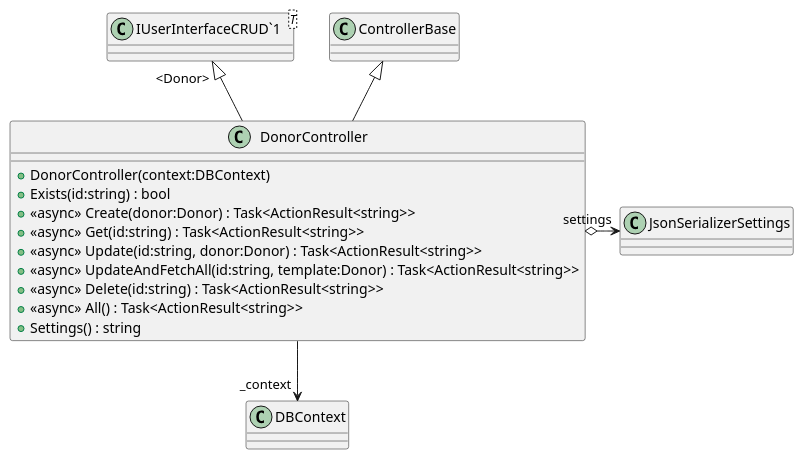
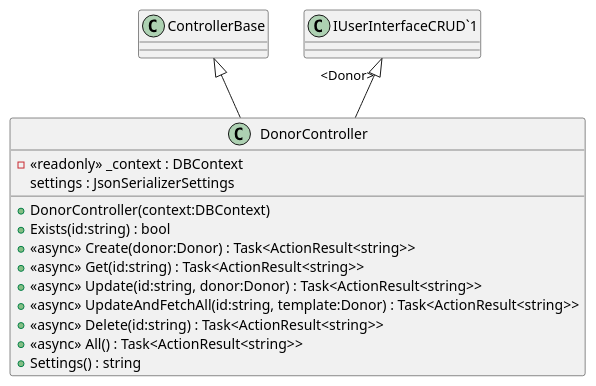
Before and after one commit to timothxy/ICT2106_P3_Project: the diagram in YouthActionDotNet/UML/Controllers/DonorController.puml, drawn with PlantUML. The commit also changed 23 other files, not shown here.

```diff
--- a/YouthActionDotNet/UML/Controllers/DonorController.puml
+++ b/YouthActionDotNet/UML/Controllers/DonorController.puml
@@ -1,19 +1,17 @@
 @startuml
 class DonorController {
+    - <<readonly>> _context : DBContext
+    settings : JsonSerializerSettings
     + DonorController(context:DBContext)
     + Exists(id:string) : bool
     + <<async>> Create(donor:Donor) : Task<ActionResult<string>>
     + <<async>> Get(id:string) : Task<ActionResult<string>>
     + <<async>> Update(id:string, donor:Donor) : Task<ActionResult<string>>
     + <<async>> UpdateAndFetchAll(id:string, template:Donor) : Task<ActionResult<string>>
     + <<async>> Delete(id:string) : Task<ActionResult<string>>
     + <<async>> All() : Task<ActionResult<string>>
     + Settings() : string
 }
-class "IUserInterfaceCRUD`1"<T> {
-}
 ControllerBase <|-- DonorController
 "IUserInterfaceCRUD`1" "<Donor>" <|-- DonorController
-DonorController --> "_context" DBContext
-DonorController o-> "settings" JsonSerializerSettings
 @enduml
```
